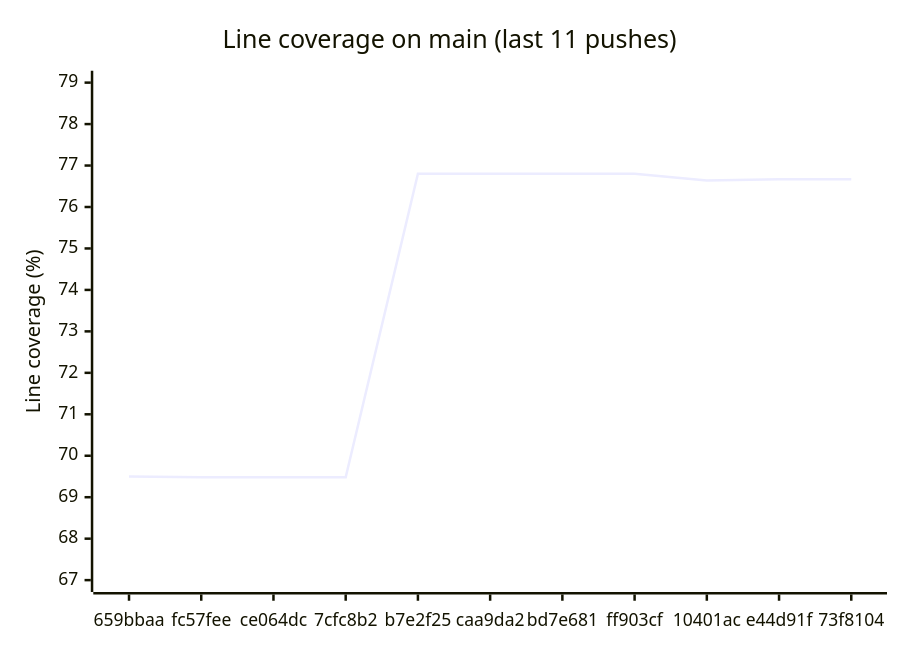
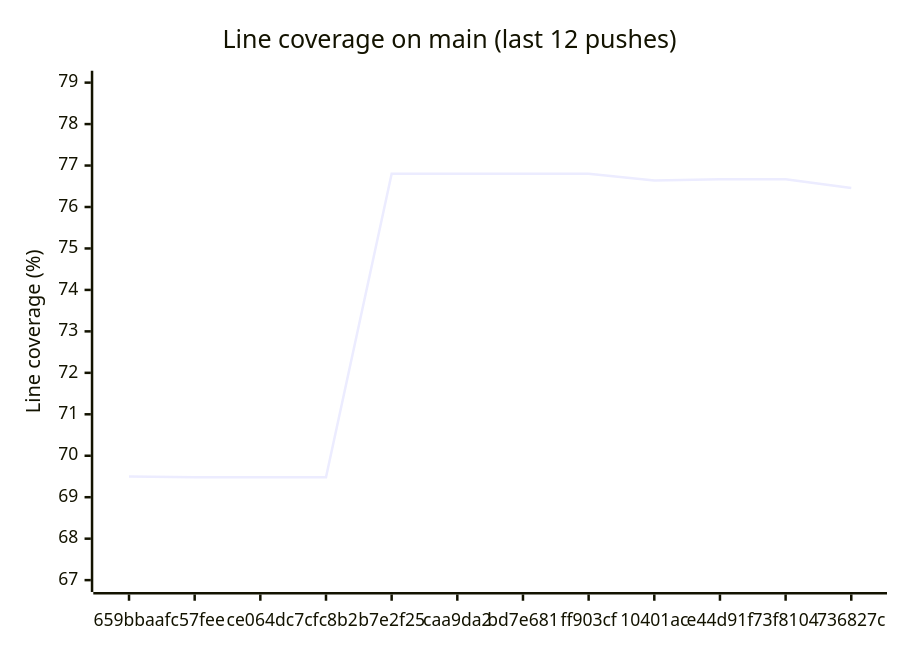
One commit to enaweg/godot-epluginframework changed the diagram in README.md. Above: the diagram before and after it, drawn with Mermaid. The commit also changed other lines of this file and 3 other files, not shown here.

````diff
--- a/README.md
+++ b/README.md
@@ -9,7 +9,7 @@
 ```mermaid
 xychart-beta
-    title "Line coverage on main (last 11 pushes)"
-    x-axis ["659bbaa", "fc57fee", "ce064dc", "7cfc8b2", "b7e2f25", "caa9da2", "bd7e681", "ff903cf", "10401ac", "e44d91f", "73f8104"]
+    title "Line coverage on main (last 12 pushes)"
+    x-axis ["659bbaa", "fc57fee", "ce064dc", "7cfc8b2", "b7e2f25", "caa9da2", "bd7e681", "ff903cf", "10401ac", "e44d91f", "73f8104", "736827c"]
     y-axis "Line coverage (%)" 67 --> 79
-    line [69.50, 69.48, 69.48, 69.48, 76.80, 76.80, 76.80, 76.80, 76.64, 76.67, 76.67]
+    line [69.50, 69.48, 69.48, 69.48, 76.80, 76.80, 76.80, 76.80, 76.64, 76.67, 76.67, 76.46]
 ```
````
